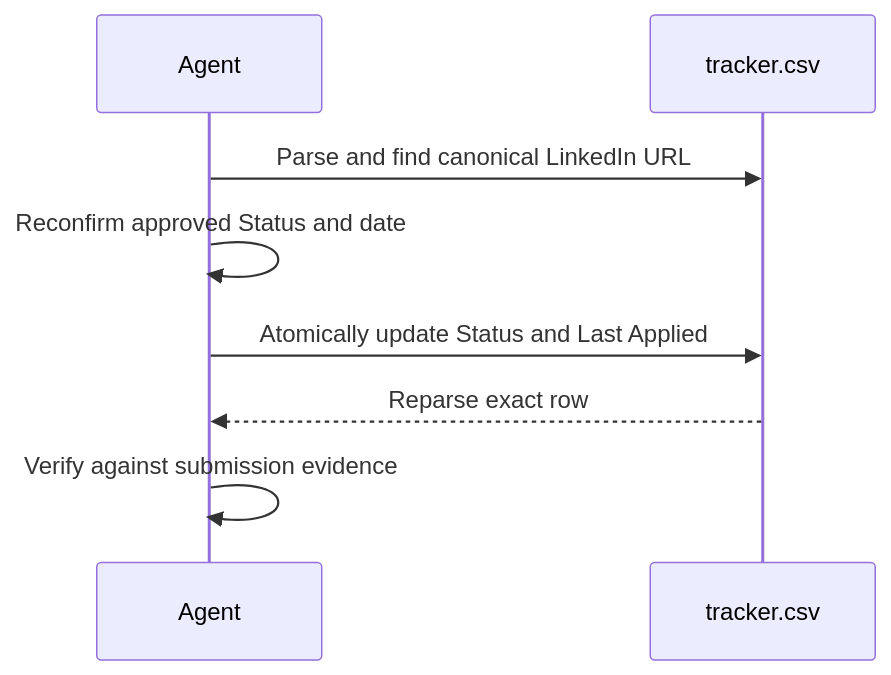
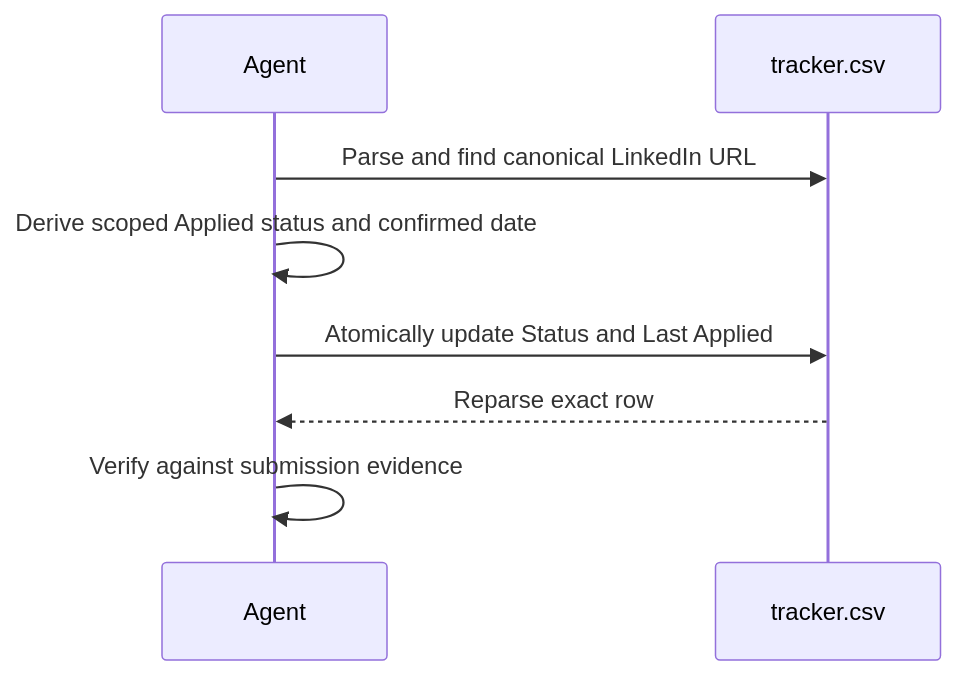
One commit to fsw0422/skills changed the diagram in linkedin-job-pilot/references/tracking.md. Above: the diagram before and after it, drawn with Mermaid. The commit also changed other lines of this file and 2 other files, not shown here.

```diff
--- a/linkedin-job-pilot/references/tracking.md
+++ b/linkedin-job-pilot/references/tracking.md
@@ -9,10 +9,10 @@
 ~~~mermaid
 sequenceDiagram
     participant A as Agent
     participant C as tracker.csv
     A->>C: Parse and find canonical LinkedIn URL
-    A->>A: Reconfirm approved Status and date
+    A->>A: Derive scoped Applied status and confirmed date
     A->>C: Atomically update Status and Last Applied
     C-->>A: Reparse exact row
     A->>A: Verify against submission evidence
 ~~~
```
